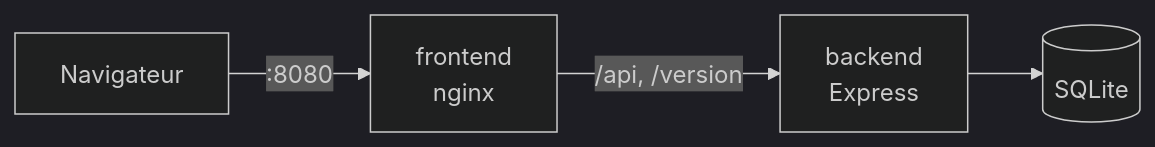
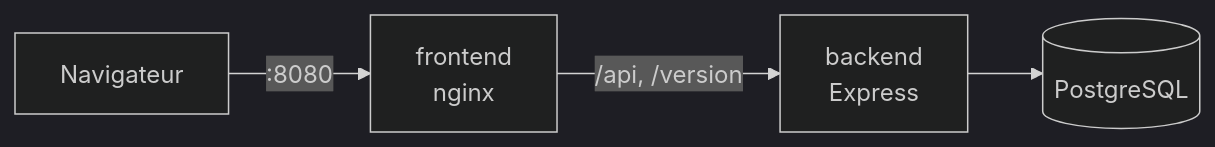
The diagram in README.md (srgyayi-cloud/Formation_TP_Cloud_Orchestration), drawn with Mermaid (dark theme) before and after one commit. The commit also changed other lines of this file and 19 other files, not shown here.

First line of the commit message:
Migration de SQLite vers PostgreSQL

````diff
--- a/README.md
+++ b/README.md
@@ -7,6 +7,6 @@
 ```mermaid
 flowchart LR
   U["Navigateur"] -->|":8080"| F["frontend<br/>nginx"]
   F -->|"/api, /version"| B["backend<br/>Express"]
-  B --> D[("SQLite")]
+  B --> D[("PostgreSQL")]
 ```
````
